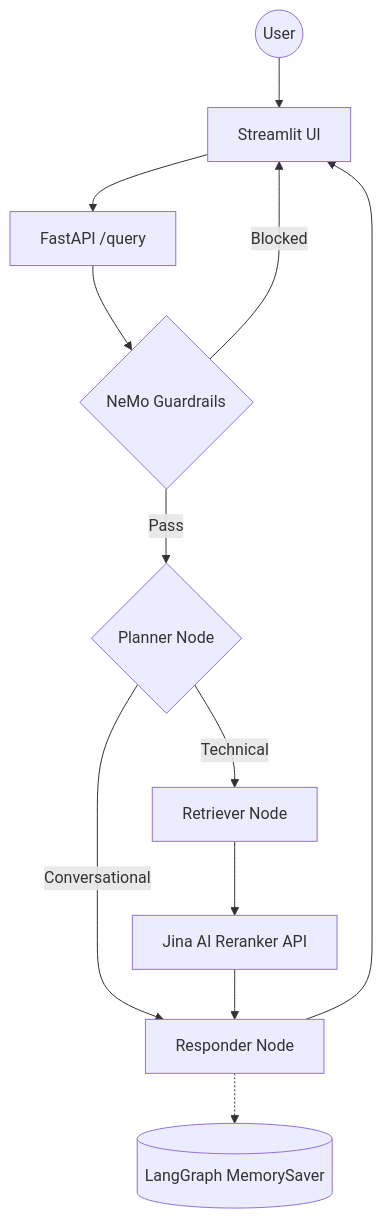
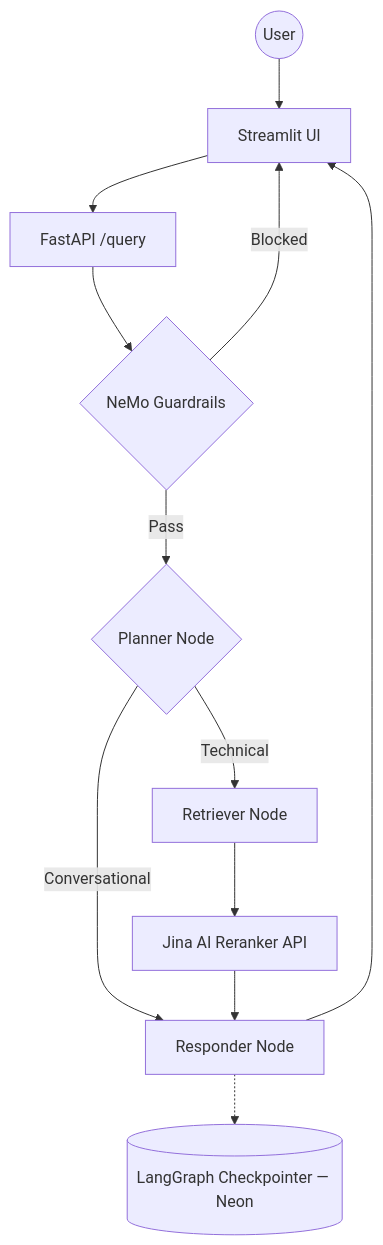
One commit to nishantrv/Production-Multi-Agentic-RAG-System- changed the first of 3 diagrams in README.md. Above: the diagram before and after it, drawn with Mermaid. The commit also changed other lines of this file and 1 other file, not shown here.

````diff
--- a/README.md
+++ b/README.md
@@ -23,14 +35,14 @@
 ```mermaid
 graph TD
     User((User)) --> UI[Streamlit UI]
     UI --> API[FastAPI /query]
     API --> Guard{NeMo Guardrails}
     Guard -->|Blocked| UI
     Guard -->|Pass| Planner{Planner Node}
     Planner -->|Conversational| Responder[Responder Node]
     Planner -->|Technical| Retriever[Retriever Node]
     Retriever --> Reranker[Jina AI Reranker API]
     Reranker --> Responder
     Responder --> UI
-    Responder -.-> Memory[(LangGraph MemorySaver)]
+    Responder -.-> Memory[(LangGraph Checkpointer — Neon)]
 ```
````
